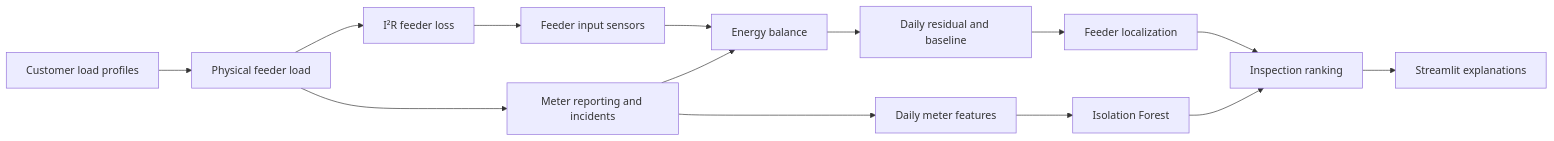
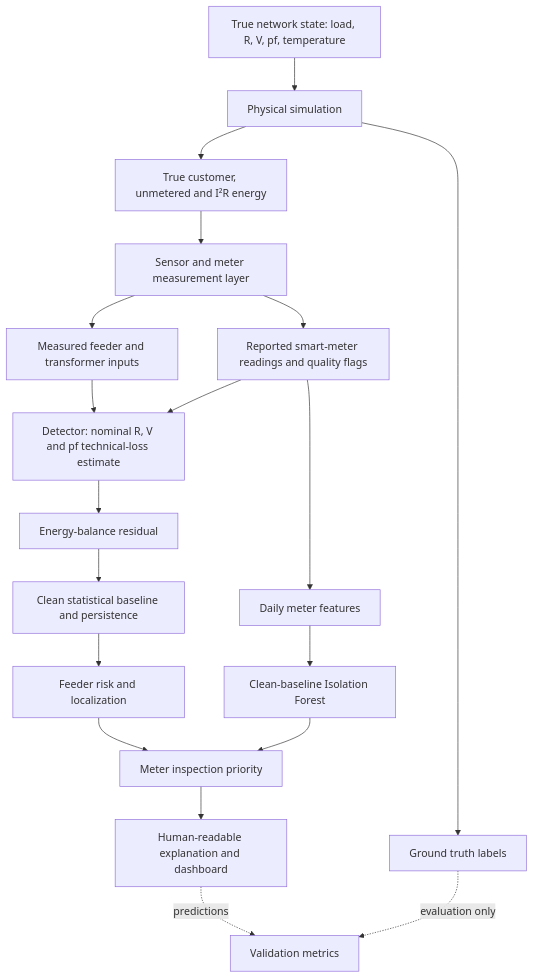
Before and after one commit to Hakim581/gridloss-ai: the diagram in docs/architecture.md, drawn with Mermaid. The commit also changed other lines of this file and 24 other files, not shown here.

Commit message:
GridLoss AI V2 forensic audit: separate physical truth, interactive scenarios, measured validation

````diff
--- a/docs/architecture.md
+++ b/docs/architecture.md
@@ -3,16 +3,21 @@
 ```mermaid
-flowchart LR
-    A[Customer load profiles] --> B[Physical feeder load]
-    B --> C[I²R feeder loss]
-    C --> D[Feeder input sensors]
-    B --> E[Meter reporting and incidents]
-    D --> F[Energy balance]
-    E --> F
-    F --> G[Daily residual and baseline]
-    E --> H[Daily meter features]
-    H --> I[Isolation Forest]
-    G --> J[Feeder localization]
-    I --> K[Inspection ranking]
-    J --> K
-    K --> L[Streamlit explanations]
+flowchart TD
+    A[True network state: load, R, V, pf, temperature] --> B[Physical simulation]
+    B --> C[True customer, unmetered and I²R energy]
+    C --> D[Sensor and meter measurement layer]
+    D --> E[Measured feeder and transformer inputs]
+    D --> F[Reported smart-meter readings and quality flags]
+    E --> G[Detector: nominal R, V and pf technical-loss estimate]
+    F --> G
+    G --> H[Energy-balance residual]
+    H --> I[Clean statistical baseline and persistence]
+    F --> J[Daily meter features]
+    J --> K[Clean-baseline Isolation Forest]
+    I --> L[Feeder risk and localization]
+    K --> M[Meter inspection priority]
+    L --> M
+    M --> N[Human-readable explanation and dashboard]
+    B --> T[Ground truth labels]
+    T -. evaluation only .-> Q[Validation metrics]
+    N -. predictions .-> Q
 ```
````
